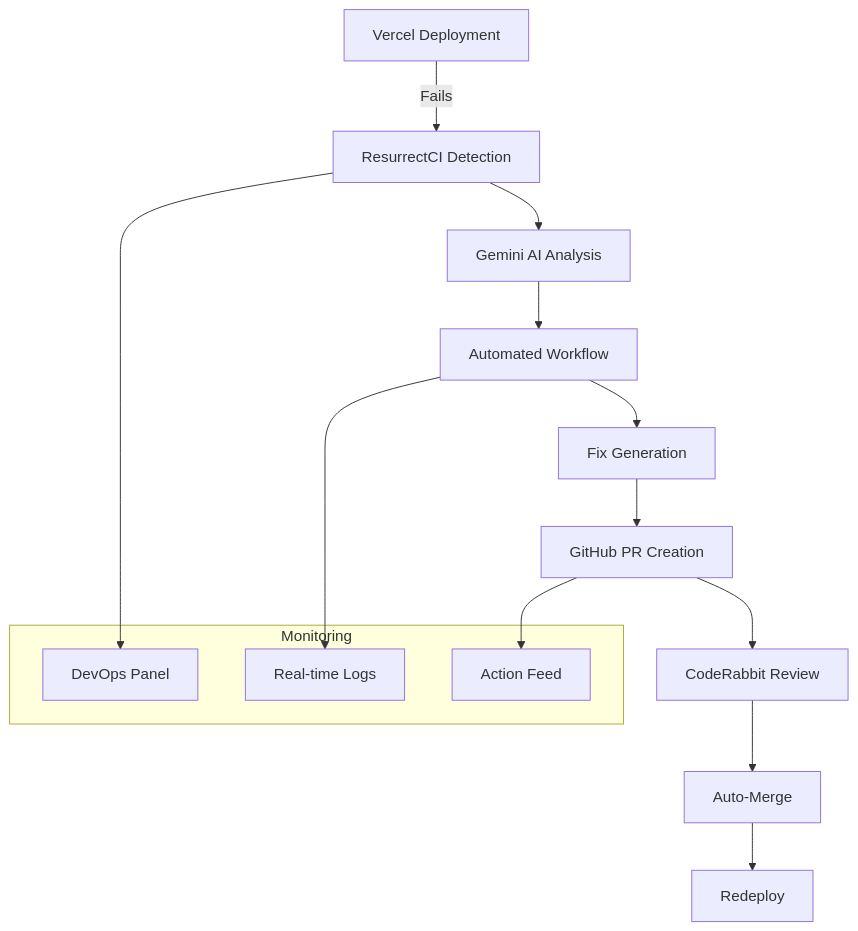
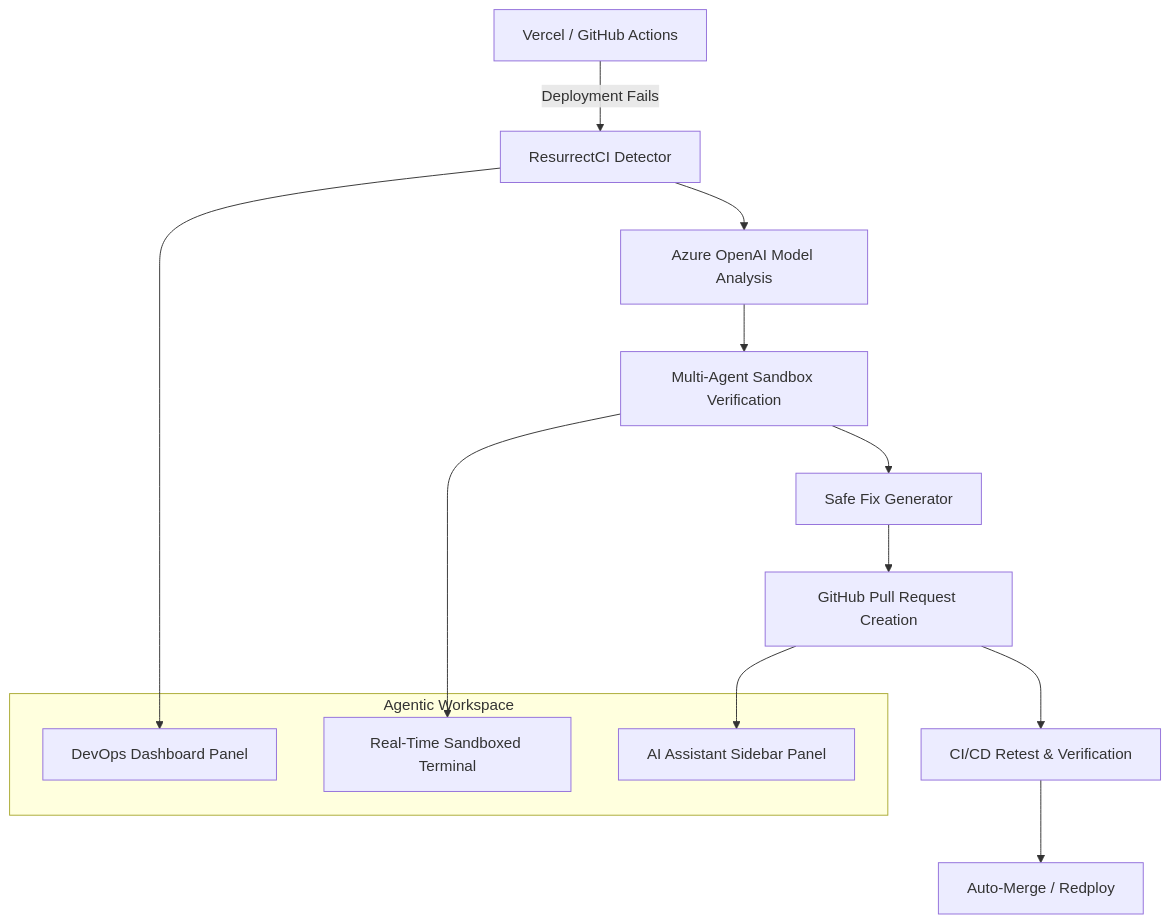
The diagram in README.md (hackerpsyco/resurrect-code), drawn with Mermaid before and after one commit. The commit also changed other lines of this file and 17 other files, not shown here.

````diff
--- a/README.md
+++ b/README.md
@@ -58,21 +45,20 @@
 ```mermaid
 graph TB
-    A[Vercel Deployment] -->|Fails| B[ResurrectCI Detection]
-    B --> C[Gemini AI Analysis]
-    C --> D[Automated Workflow]
-    D --> E[Fix Generation]
-    E --> F[GitHub PR Creation]
-    F --> G[CodeRabbit Review]
-    G --> H[Auto-Merge]
-    H --> I[Redeploy]
+    A[Vercel / GitHub Actions] -->|Deployment Fails| B[ResurrectCI Detector]
+    B --> C[Azure OpenAI Model Analysis]
+    C --> D[Multi-Agent Sandbox Verification]
+    D --> E[Safe Fix Generator]
+    E --> F[GitHub Pull Request Creation]
+    F --> G[CI/CD Retest & Verification]
+    G --> H[Auto-Merge / Redploy]
     
-    subgraph "Monitoring"
-        J[DevOps Panel]
-        K[Real-time Logs]
-        L[Action Feed]
+    subgraph "Agentic Workspace"
+        J[DevOps Dashboard Panel]
+        K[Real-Time Sandboxed Terminal]
+        L[AI Assistant Sidebar Panel]
     end
     
     B --> J
     D --> K
     F --> L
 ```
````
